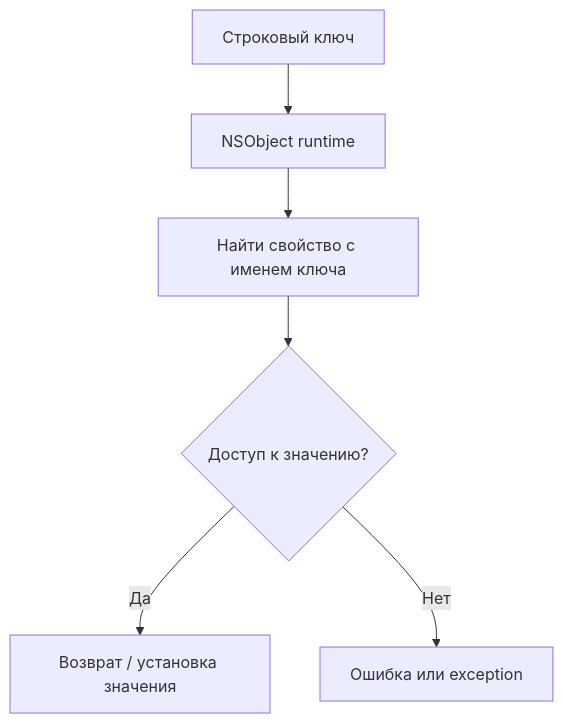
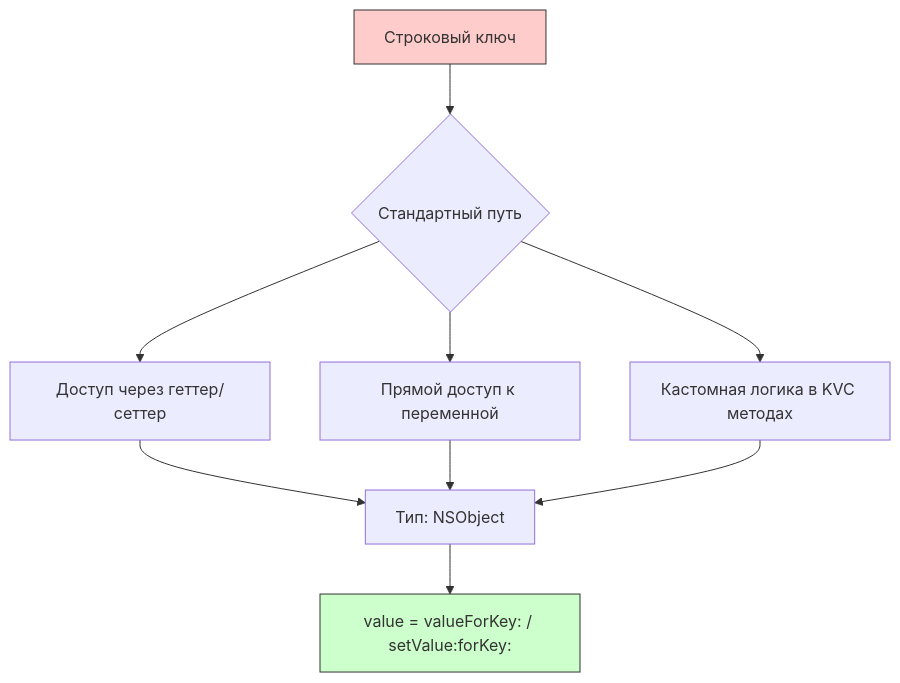
One commit to NuttyCheese/Obsidian changed the diagram in Swift/Теория/Контроль памяти/KVC.md. Above: the diagram before and after it, drawn with Mermaid. The commit also changed other lines of this file and 5 other files, not shown here.

````diff
--- a/Swift/Теория/Контроль памяти/KVC.md
+++ b/Swift/Теория/Контроль памяти/KVC.md
@@ -104,8 +28,16 @@
 ```mermaid
-flowchart TD
-    A[Строковый ключ] --> B[NSObject runtime]
-    B --> C[Найти свойство с именем ключа]
-    C --> D{Доступ к значению?}
-    D -->|Да| E[Возврат / установка значения]
-    D -->|Нет| F[Ошибка или exception]
+graph TD
+    A[Строковый ключ] --> B{Стандартный путь}
+    B --> C[Доступ через геттер/сеттер]
+    B --> D[Прямой доступ к переменной]
+    B --> E[Кастомная логика в KVC методах]
+    
+    C --> F[Тип: NSObject]
+    D --> F
+    E --> F
+    
+    F --> G[value = valueForKey: / setValue:forKey:]
+    
+    style A fill:#ffcccc,stroke:#333
+    style G fill:#ccffcc,stroke:#333
 ```
````
